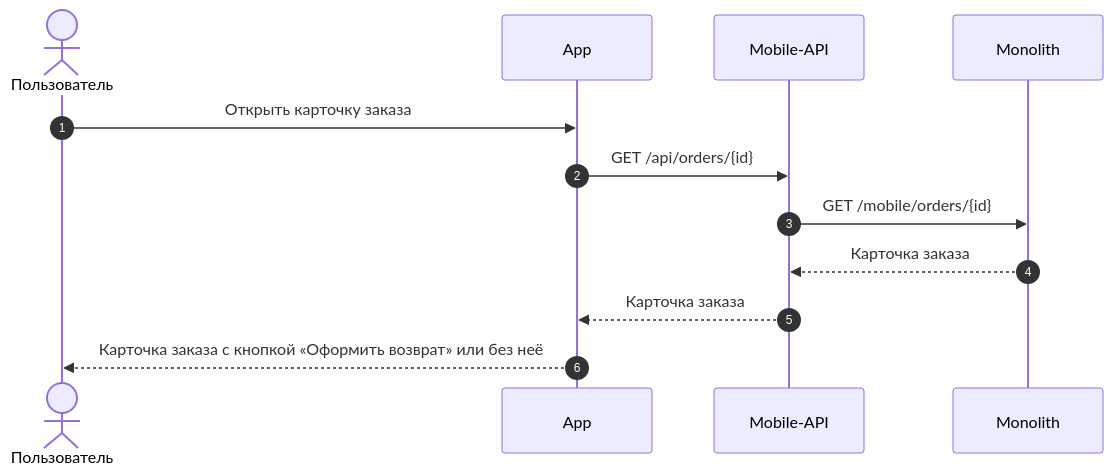
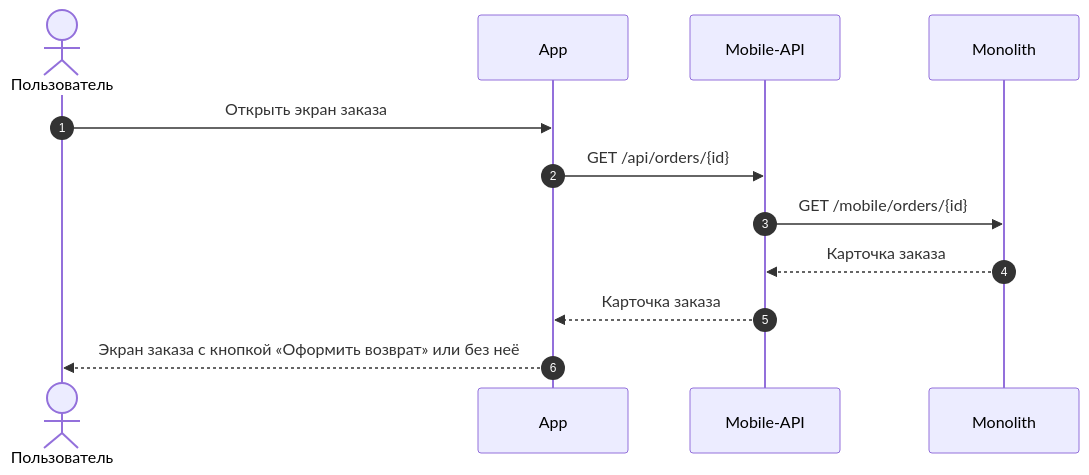
Before and after one commit to Terinss155/opencode-agents-analysis: the first of 24 diagrams in projects/returns-2.0/requirements/srs/srs-mobile-mvp.md, drawn with Mermaid. The commit also changed other lines of this file and 135 other files, not shown here.

````diff
--- a/projects/returns-2.0/requirements/srs/srs-mobile-mvp.md
+++ b/projects/returns-2.0/requirements/srs/srs-mobile-mvp.md
@@ -71,15 +109,15 @@
 ```mermaid
 sequenceDiagram
     autonumber
     actor U as Пользователь
     participant APP as App
     participant API as Mobile-API
     participant MON as Monolith
 
-    U->>APP: Открыть карточку заказа
+    U->>APP: Открыть экран заказа
     APP->>API: GET /api/orders/{id}
     API->>MON: GET /mobile/orders/{id}
     MON-->>API: Карточка заказа
     API-->>APP: Карточка заказа
-    APP-->>U: Карточка заказа с кнопкой «Оформить возврат» или без неё
+    APP-->>U: Экран заказа с кнопкой «Оформить возврат» или без неё
 ```
````
